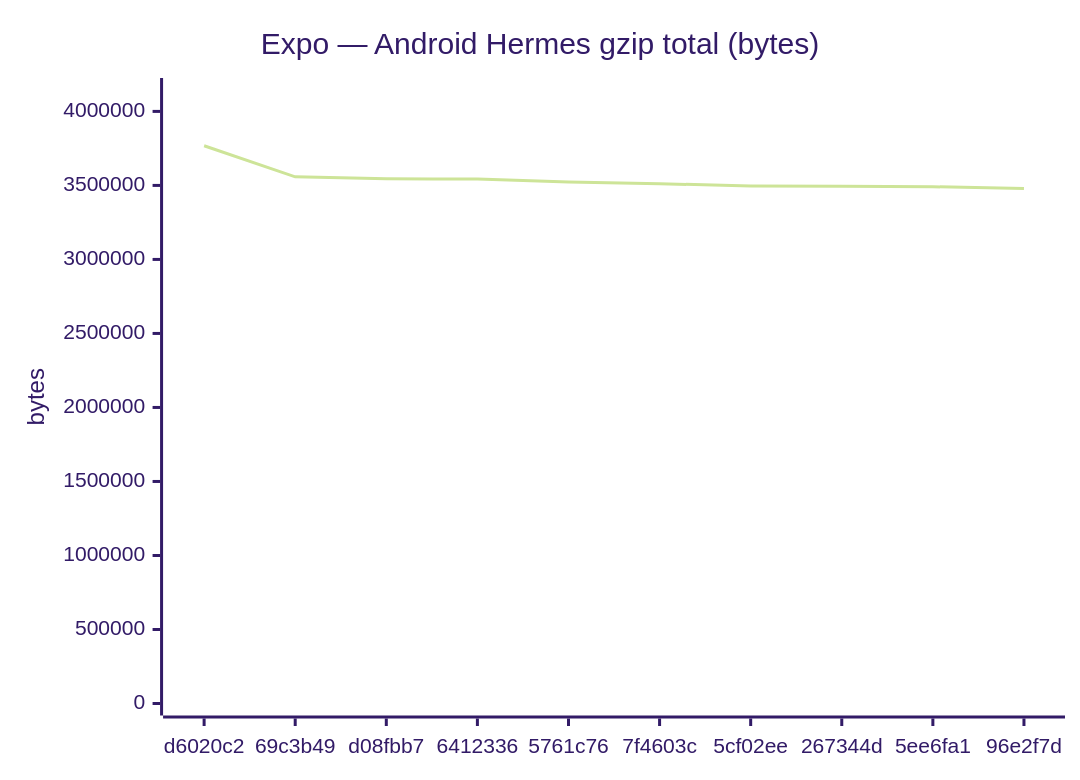
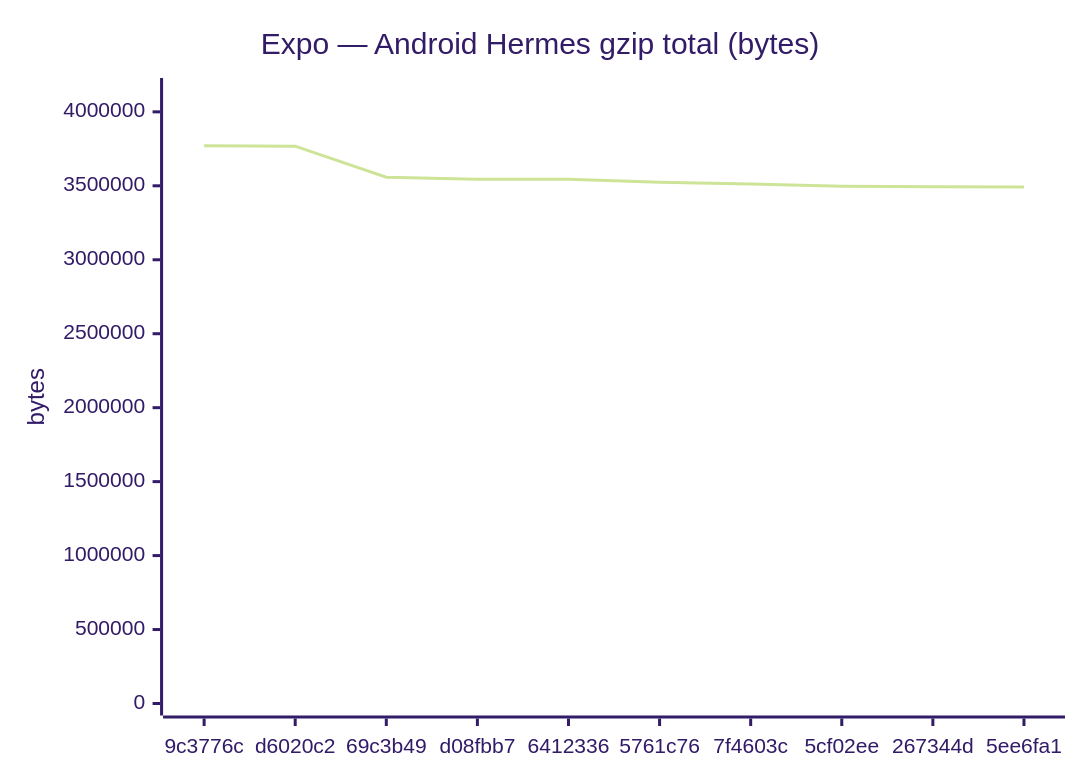
One commit to Metaheurist/Rianell changed the fifth of 18 diagrams in benchmarks/compare.md. Above: the diagram before and after it, drawn with Mermaid (forest theme). The commit also changed other lines of this file and 11 other files, not shown here.

````diff
--- a/benchmarks/compare.md
+++ b/benchmarks/compare.md
@@ -89,7 +89,7 @@
 ```mermaid
 xychart-beta
     title "Expo — Android Hermes gzip total (bytes)"
-    x-axis ["d6020c2", "69c3b49", "d08fbb7", "6412336", "5761c76", "7f4603c", "5cf02ee", "267344d", "5ee6fa1", "96e2f7d"]
-    y-axis "bytes" 0 --> 4144594
-    line [3767812, 3557908, 3544463, 3543472, 3523541, 3511474, 3496393, 3494445, 3491111, 3478911]
+    x-axis ["9c3776c", "d6020c2", "69c3b49", "d08fbb7", "6412336", "5761c76", "7f4603c", "5cf02ee", "267344d", "5ee6fa1"]
+    y-axis "bytes" 0 --> 4147698
+    line [3770634, 3767812, 3557908, 3544463, 3543472, 3523541, 3511474, 3496393, 3494445, 3491111]
 ```
````
